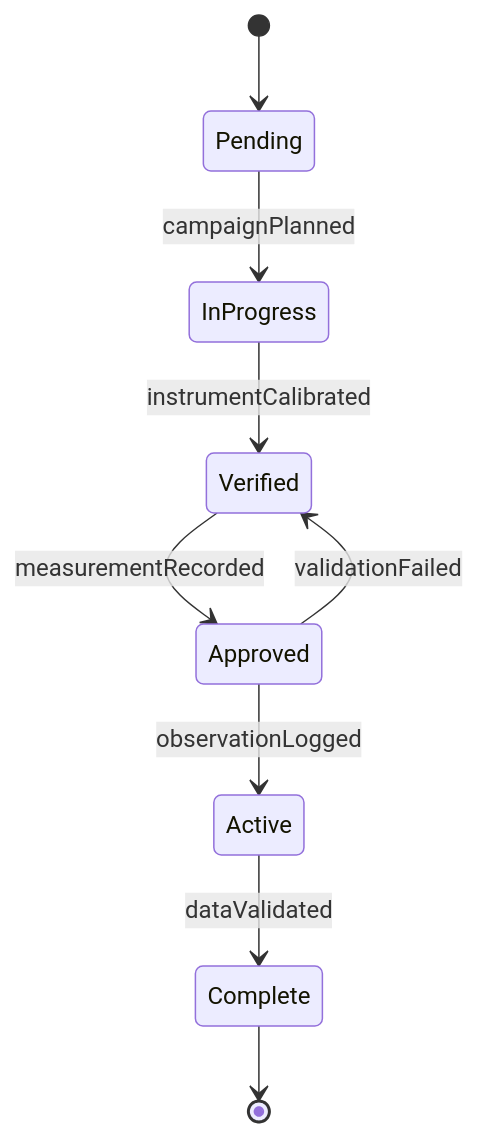
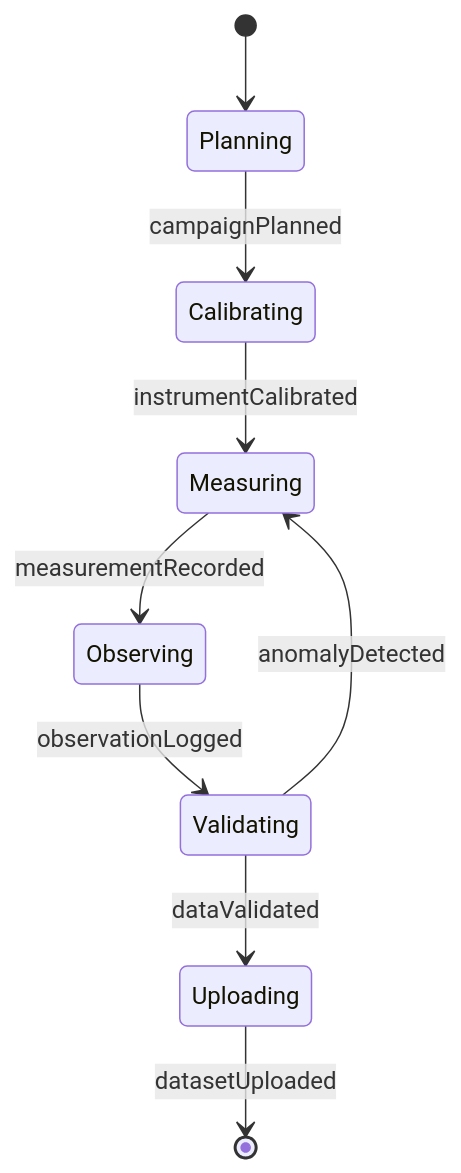
Before and after one commit to dot-org-ai/tasks.org.ai: the second of 4 diagrams in HandlingAndMovingObjects/CollectEnvironmentalOrBiologicalSamples/CollectGeographicalGeologicalFieldData.mdx, drawn with Mermaid. The commit also changed other lines of this file and 515 other files, not shown here.

````diff
--- a/HandlingAndMovingObjects/CollectEnvironmentalOrBiologicalSamples/CollectGeographicalGeologicalFieldData.mdx
+++ b/HandlingAndMovingObjects/CollectEnvironmentalOrBiologicalSamples/CollectGeographicalGeologicalFieldData.mdx
@@ -98,11 +99,11 @@
 ```mermaid
 stateDiagram-v2
-    [*] --> Pending
-    Pending --> InProgress : campaignPlanned
-    InProgress --> Verified : instrumentCalibrated
-    Verified --> Approved : measurementRecorded
-    Approved --> Active : observationLogged
-    Active --> Complete : dataValidated
-    Approved --> Verified : validationFailed
-    Complete --> [*]
+    [*] --> Planning
+    Planning --> Calibrating : campaignPlanned
+    Calibrating --> Measuring : instrumentCalibrated
+    Measuring --> Observing : measurementRecorded
+    Observing --> Validating : observationLogged
+    Validating --> Uploading : dataValidated
+    Uploading --> [*] : datasetUploaded
+    Validating --> Measuring : anomalyDetected
 ```
````
